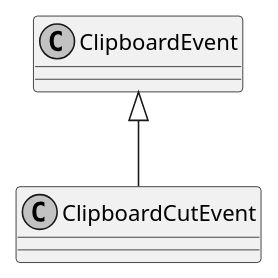
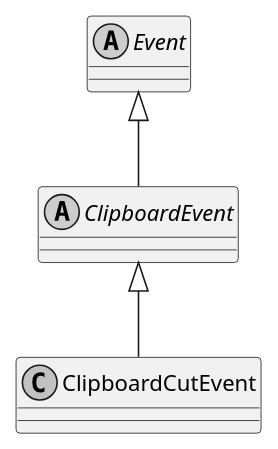
The diagram in documents/sd/plantuml/application/Modules/Clipboard/Events/ClipboardCutEvent.puml (insightmind/MORR), drawn with PlantUML before and after one commit. The commit also changed 27 other files, not shown here.

```diff
--- a/documents/sd/plantuml/application/Modules/Clipboard/Events/ClipboardCutEvent.puml
+++ b/documents/sd/plantuml/application/Modules/Clipboard/Events/ClipboardCutEvent.puml
@@ -1,7 +1,10 @@
 @startuml
 skinparam monochrome true
 skinparam ClassAttributeIconSize 0
 class ClipboardCutEvent {
 }
+abstract class ClipboardEvent
+abstract class Event
 ClipboardEvent <|-- ClipboardCutEvent
+Event <|-- ClipboardEvent
 @enduml
```
